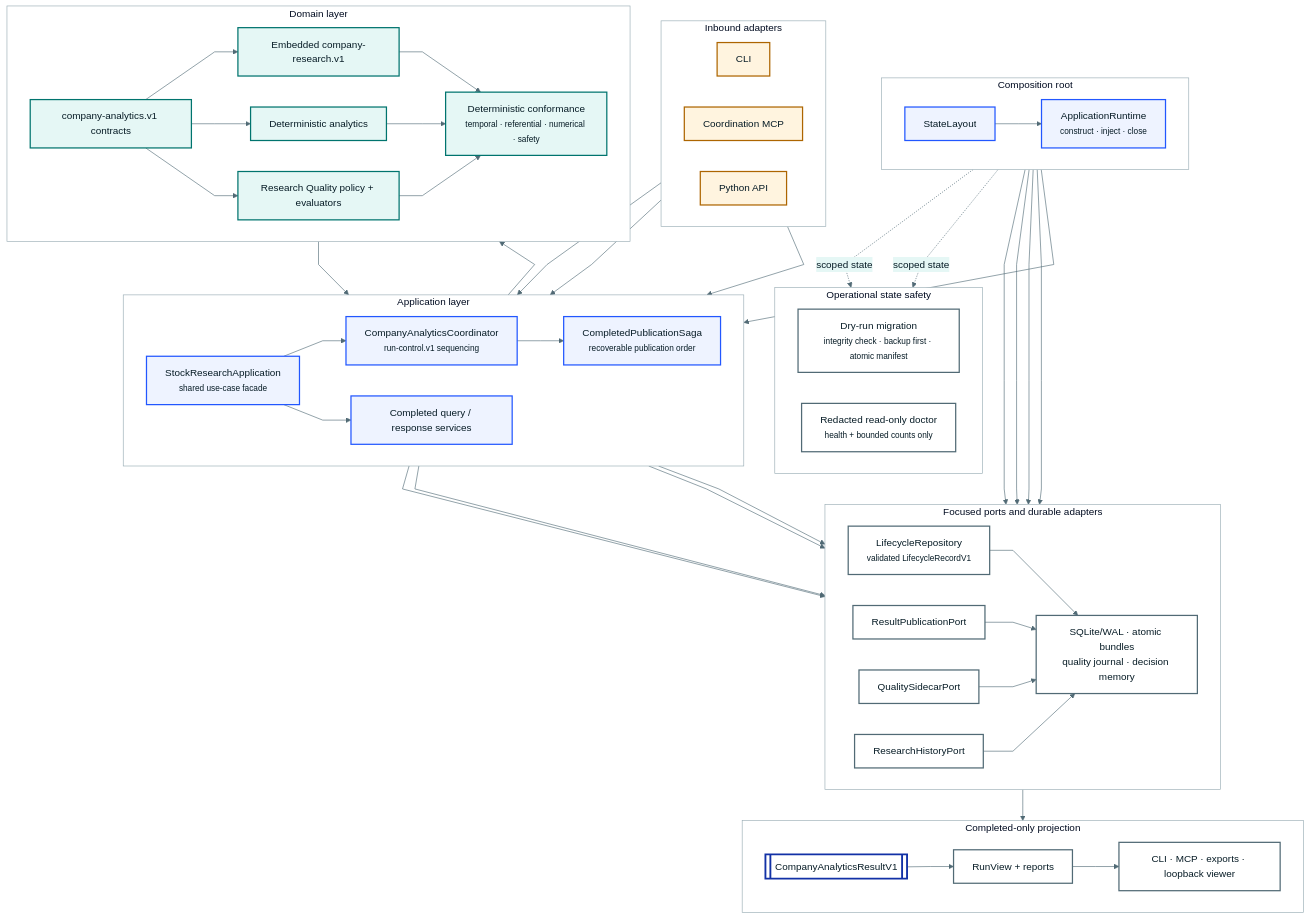
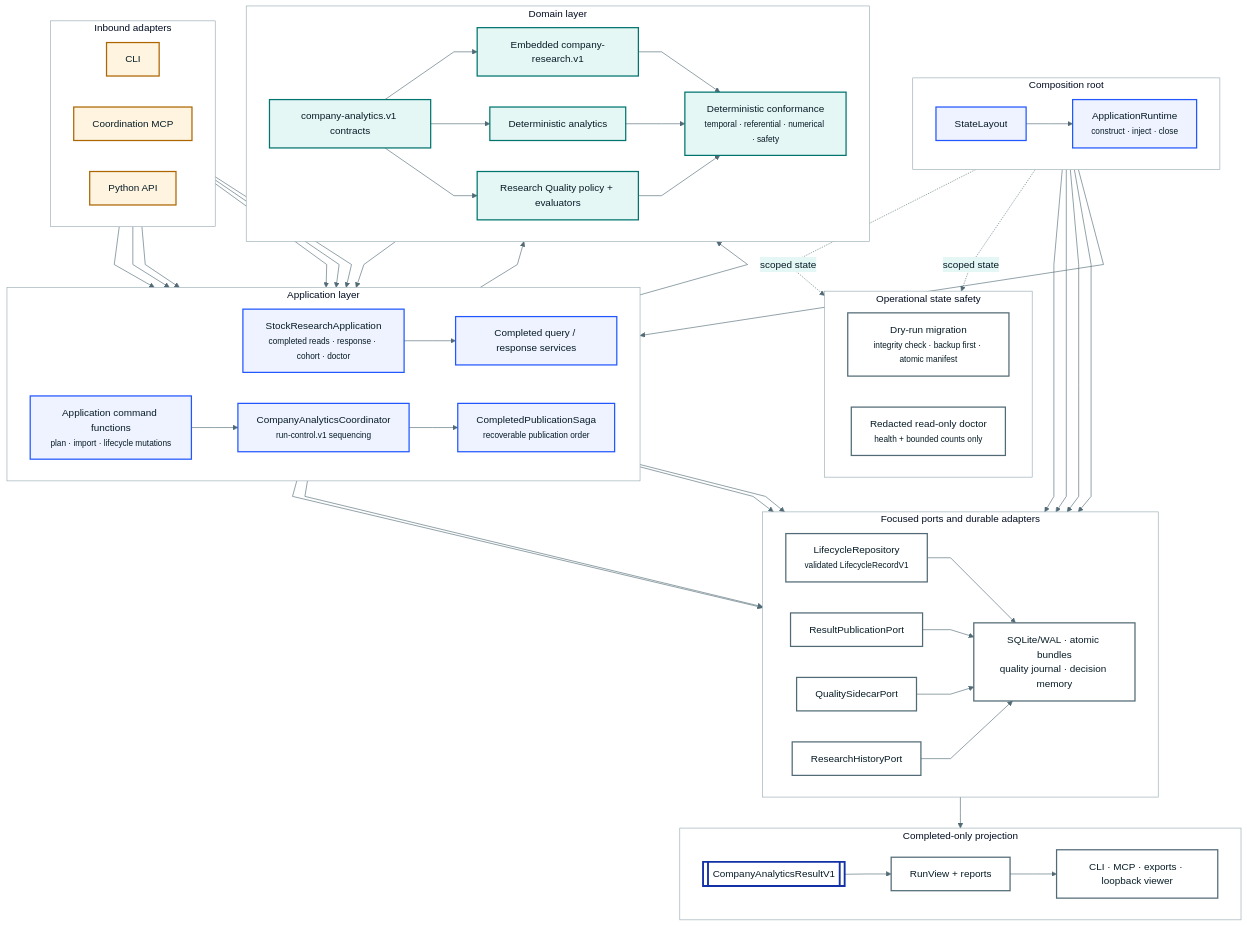
One commit to harshitagarwal2/StockResearchAgents changed the diagram in docs/diagrams/portable-components.mmd. Above: the diagram before and after it, drawn with Mermaid. The commit also changed 55 other files, not shown here.

```diff
--- a/docs/diagrams/portable-components.mmd
+++ b/docs/diagrams/portable-components.mmd
@@ -1,99 +1,104 @@
 %%{init: {"theme":"base","fontFamily":"Avenir Next, Segoe UI, sans-serif","themeVariables":{"fontFamily":"Avenir Next, Segoe UI, sans-serif","primaryColor":"#eef3ff","primaryTextColor":"#071c26","primaryBorderColor":"#2257ff","lineColor":"#516a75","secondaryColor":"#e5f7f5","tertiaryColor":"#fff4df","background":"#f5f8f9","clusterBkg":"#ffffff","clusterBorder":"#96aab2"},"flowchart":{"curve":"linear","htmlLabels":true}}}%%
 flowchart TB
   accTitle: StockResearchAgents layered component architecture
-  accDescr: CLI, MCP, and Python adapters call StockResearchApplication. ApplicationRuntime composes the application from StateLayout and focused durable ports. CompanyAnalyticsCoordinator owns lifecycle sequencing and delegates recoverable completed publication to CompletedPublicationSaga. Contracts, deterministic analytics, and validation remain domain-owned. Completed bundles feed projection-only readers, while backup-first migration and redacted doctor remain operational paths.
+  accDescr: CLI, MCP, and Python adapters use StockResearchApplication for completed reads, responses, cohort evaluation, and diagnostics, and use dedicated application command functions for plan, import, and lifecycle mutations. ApplicationRuntime composes the application from StateLayout and focused durable ports. CompanyAnalyticsCoordinator owns lifecycle sequencing and delegates recoverable completed publication to CompletedPublicationSaga. Contracts, deterministic analytics, and validation remain domain-owned. Completed bundles feed projection-only readers, while backup-first migration and redacted doctor remain operational paths.
 
   subgraph IN["Inbound adapters"]
     direction LR
     CLI["CLI"]
     MCP["Coordination MCP"]
     PY["Python API"]
   end
 
   subgraph COMPOSE["Composition root"]
     direction LR
     LAYOUT["StateLayout"]
     RUNTIME["ApplicationRuntime<br/><small>construct · inject · close</small>"]
     LAYOUT --> RUNTIME
   end
 
   subgraph APP["Application layer"]
     direction LR
-    FACADE["StockResearchApplication<br/><small>shared use-case facade</small>"]
+    FACADE["StockResearchApplication<br/><small>completed reads · response · cohort · doctor</small>"]
+    COMMANDS["Application command functions<br/><small>plan · import · lifecycle mutations</small>"]
     COORD["CompanyAnalyticsCoordinator<br/><small>run-control.v1 sequencing</small>"]
     SAGA["CompletedPublicationSaga<br/><small>recoverable publication order</small>"]
     QUERY["Completed query / response services"]
-    FACADE --> COORD --> SAGA
     FACADE --> QUERY
+    COMMANDS --> COORD --> SAGA
   end
 
   subgraph DOMAIN["Domain layer"]
     direction LR
     CONTRACT["company-analytics.v1 contracts"]
     FOUNDATION["Embedded company-research.v1"]
     ANALYTICS["Deterministic analytics"]
     VALIDATE["Deterministic conformance<br/><small>temporal · referential · numerical · safety</small>"]
     QUALITY["Research Quality policy + evaluators"]
     CONTRACT --> FOUNDATION
     CONTRACT --> ANALYTICS
     CONTRACT --> QUALITY
     FOUNDATION --> VALIDATE
     ANALYTICS --> VALIDATE
     QUALITY --> VALIDATE
   end
 
   subgraph OUT["Focused ports and durable adapters"]
     direction LR
     LIFEPORT["LifecycleRepository<br/><small>validated LifecycleRecordV1</small>"]
     RESULTPORT["ResultPublicationPort"]
     QUALITYPORT["QualitySidecarPort"]
     MEMORYPORT["ResearchHistoryPort"]
     STORES["SQLite/WAL · atomic bundles<br/>quality journal · decision memory"]
     LIFEPORT --> STORES
     RESULTPORT --> STORES
     QUALITYPORT --> STORES
     MEMORYPORT --> STORES
   end
 
   subgraph READ["Completed-only projection"]
     direction LR
     RESULT[["CompanyAnalyticsResultV1"]]
     VIEW["RunView + reports"]
     UI["CLI · MCP · exports · loopback viewer"]
     RESULT --> VIEW --> UI
   end
 
   subgraph OPS["Operational state safety"]
     direction LR
     MIGRATE["Dry-run migration<br/><small>integrity check · backup first · atomic manifest</small>"]
     DOCTOR["Redacted read-only doctor<br/><small>health + bounded counts only</small>"]
   end
 
   CLI --> FACADE
+  CLI --> COMMANDS
   MCP --> FACADE
+  MCP --> COMMANDS
   PY --> FACADE
+  PY --> COMMANDS
   RUNTIME --> FACADE
   RUNTIME --> LIFEPORT
   RUNTIME --> RESULTPORT
   RUNTIME --> QUALITYPORT
   RUNTIME --> MEMORYPORT
   COORD --> CONTRACT
+  COMMANDS --> CONTRACT
   VALIDATE --> SAGA
   COORD --> LIFEPORT
   SAGA --> RESULTPORT
   SAGA --> QUALITYPORT
   SAGA --> MEMORYPORT
   RESULTPORT --> RESULT
   LAYOUT -. scoped state .-> MIGRATE
   LAYOUT -. scoped state .-> DOCTOR
 
   classDef inbound fill:#fff4df,stroke:#ad6500,color:#071c26,stroke-width:2px;
   classDef app fill:#eef3ff,stroke:#2257ff,color:#071c26,stroke-width:2px;
   classDef domain fill:#e5f7f5,stroke:#00746e,color:#071c26,stroke-width:2px;
   classDef out fill:#ffffff,stroke:#516a75,color:#071c26,stroke-width:2px;
   classDef artifact fill:#ffffff,stroke:#1231a6,color:#071c26,stroke-width:3px;
   class CLI,MCP,PY inbound;
-  class LAYOUT,RUNTIME,FACADE,COORD,SAGA,QUERY app;
+  class LAYOUT,RUNTIME,FACADE,COMMANDS,COORD,SAGA,QUERY app;
   class CONTRACT,FOUNDATION,ANALYTICS,VALIDATE,QUALITY domain;
   class LIFEPORT,RESULTPORT,QUALITYPORT,MEMORYPORT,STORES,VIEW,UI,MIGRATE,DOCTOR out;
   class RESULT artifact;
```
